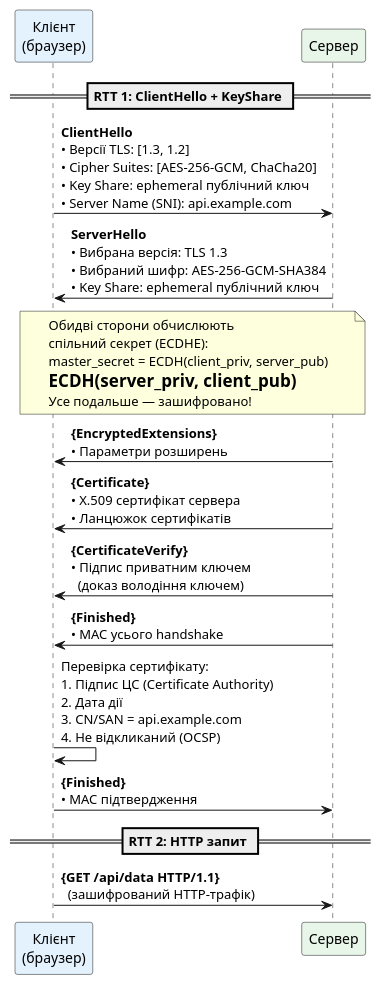
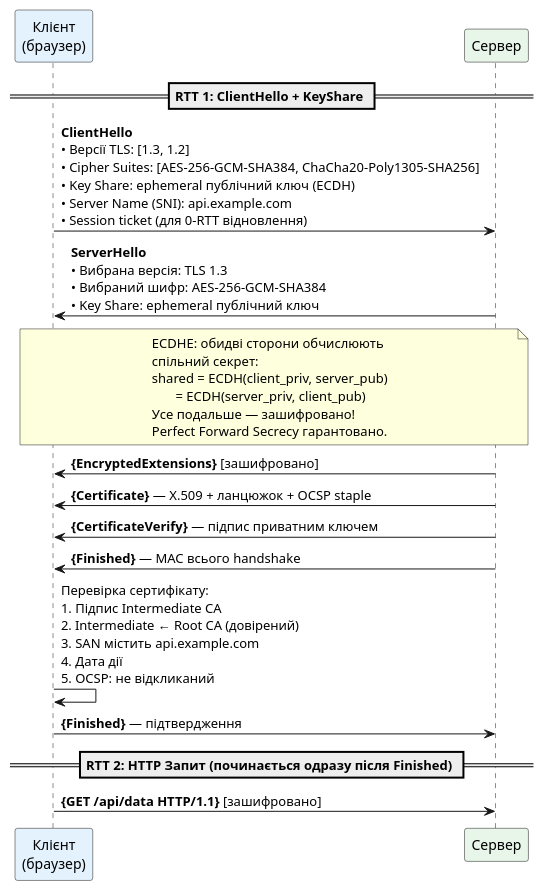
One commit to UTUBMIR/kostyl.dev changed diagram 12 of 18 in content/01.csharp/13.network-programming/08.http-advanced.md. Above: the diagram before and after it, drawn with PlantUML. The commit also changed other lines of this file and 2 other files, not shown here.

````diff
--- a/content/01.csharp/13.network-programming/08.http-advanced.md
+++ b/content/01.csharp/13.network-programming/08.http-advanced.md
@@ -629,36 +1129,37 @@
 ```plantuml
 @startuml
 skinparam style plain
 skinparam backgroundColor #ffffff
 
 participant "Клієнт\n(браузер)" as client #e3f2fd
 participant "Сервер" as server #e8f5e9
 
 == RTT 1: ClientHello + KeyShare ==
 
-client -> server : **ClientHello**\n• Версії TLS: [1.3, 1.2]\n• Cipher Suites: [AES-256-GCM, ChaCha20]\n• Key Share: ephemeral публічний ключ\n• Server Name (SNI): api.example.com
+client -> server : **ClientHello**\n• Версії TLS: [1.3, 1.2]\n• Cipher Suites: [AES-256-GCM-SHA384, ChaCha20-Poly1305-SHA256]\n• Key Share: ephemeral публічний ключ (ECDH)\n• Server Name (SNI): api.example.com\n• Session ticket (для 0-RTT відновлення)
 
 server -> client : **ServerHello**\n• Вибрана версія: TLS 1.3\n• Вибраний шифр: AES-256-GCM-SHA384\n• Key Share: ephemeral публічний ключ
 
 note over client, server
-  Обидві сторони обчислюють
-  спільний секрет (ECDHE):
-  master_secret = ECDH(client_priv, server_pub)
-  = ECDH(server_priv, client_pub)
+  ECDHE: обидві сторони обчислюють
+  спільний секрет:
+  shared = ECDH(client_priv, server_pub)
+         = ECDH(server_priv, client_pub)
   Усе подальше — зашифровано!
+  Perfect Forward Secrecy гарантовано.
 end note
 
-server -> client : **{EncryptedExtensions}**\n• Параметри розширень
-server -> client : **{Certificate}**\n• X.509 сертифікат сервера\n• Ланцюжок сертифікатів
-server -> client : **{CertificateVerify}**\n• Підпис приватним ключем\n  (доказ володіння ключем)
-server -> client : **{Finished}**\n• MAC усього handshake
+server -> client : **{EncryptedExtensions}** [зашифровано]
+server -> client : **{Certificate}** — X.509 + ланцюжок + OCSP staple
+server -> client : **{CertificateVerify}** — підпис приватним ключем
+server -> client : **{Finished}** — MAC всього handshake
 
-client -> client : Перевірка сертифікату:\n1. Підпис ЦС (Certificate Authority)\n2. Дата дії\n3. CN/SAN = api.example.com\n4. Не відкликаний (OCSP)
+client -> client : Перевірка сертифікату:\n1. Підпис Intermediate CA\n2. Intermediate ← Root CA (довірений)\n3. SAN містить api.example.com\n4. Дата дії\n5. OCSP: не відкликаний
 
-client -> server : **{Finished}**\n• MAC підтвердження
+client -> server : **{Finished}** — підтвердження
 
-== RTT 2: HTTP запит ==
-client -> server : **{GET /api/data HTTP/1.1}**\n  (зашифрований HTTP-трафік)
+== RTT 2: HTTP Запит (починається одразу після Finished) ==
+client -> server : **{GET /api/data HTTP/1.1}** [зашифровано]
 
 @enduml
 ```
````
